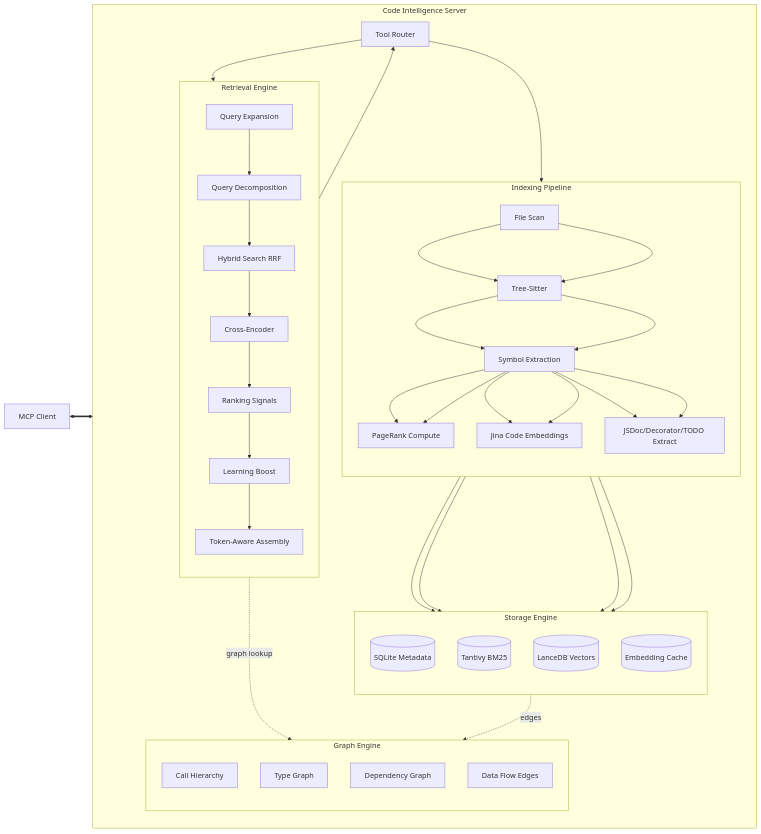
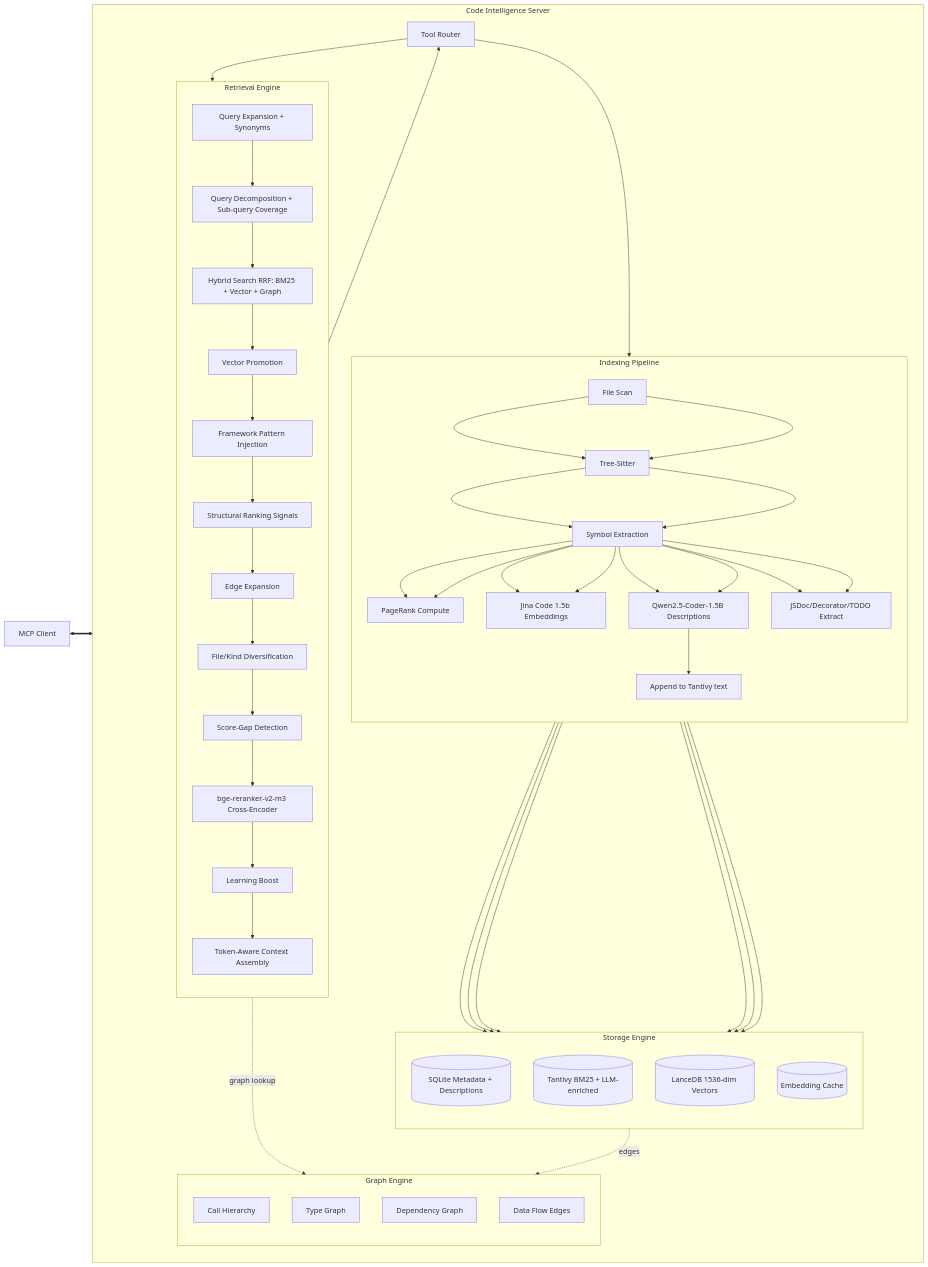
One commit to iceinvein/code_intelligence_mcp_server changed the diagram in SYSTEM_ARCHITECTURE.md. Above: the diagram before and after it, drawn with Mermaid. The commit also changed other lines of this file and 4 other files, not shown here.

```diff
--- a/SYSTEM_ARCHITECTURE.md
+++ b/SYSTEM_ARCHITECTURE.md
@@ -21,27 +23,34 @@
       Scan[File Scan] --> Parse[Tree-Sitter]
       Parse --> Extract[Symbol Extraction]
       Extract --> PageRank[PageRank Compute]
-      Extract --> Embed[Jina Code Embeddings]
+      Extract --> Embed[Jina Code 1.5b Embeddings]
+      Extract --> Describe[Qwen2.5-Coder-1.5B Descriptions]
       Extract --> Meta[JSDoc/Decorator/TODO Extract]
+      Describe --> EnrichBM25[Append to Tantivy text]
     end
 
     subgraph Storage [Storage Engine]
       direction TB
-      SQLite[(SQLite Metadata)]
-      Tantivy[(Tantivy BM25)]
-      Lance[(LanceDB Vectors)]
+      SQLite[(SQLite Metadata + Descriptions)]
+      Tantivy[(Tantivy BM25 + LLM-enriched)]
+      Lance[(LanceDB 1536-dim Vectors)]
       Cache[(Embedding Cache)]
     end
 
     subgraph Retrieval [Retrieval Engine]
       direction TB
-      QueryExpand[Query Expansion]
-      Decompose[Query Decomposition]
-      Hybrid[Hybrid Search RRF]
-      Rerank[Cross-Encoder]
-      Signals[Ranking Signals]
+      QueryExpand[Query Expansion + Synonyms]
+      Decompose[Query Decomposition + Sub-query Coverage]
+      Hybrid[Hybrid Search RRF: BM25 + Vector + Graph]
+      Promote[Vector Promotion]
+      Framework[Framework Pattern Injection]
+      Signals[Structural Ranking Signals]
+      EdgeExpand[Edge Expansion]
+      Diversify[File/Kind Diversification]
+      ScoreGap[Score-Gap Detection]
+      Rerank[bge-reranker-v2-m3 Cross-Encoder]
       Learn[Learning Boost]
-      Context[Token-Aware Assembly]
+      Context[Token-Aware Context Assembly]
     end
 
     subgraph Graph [Graph Engine]
@@ -58,19 +67,27 @@
     Parse --> Extract
     Extract --> PageRank
     Extract --> Embed
+    Extract --> Describe
     Extract --> Meta
     PageRank --> SQLite
     Embed --> Lance
     Embed --> Cache
+    Describe --> SQLite
+    EnrichBM25 --> Tantivy
     Meta --> SQLite
 
     %% Query Flow
     Tools --> QueryExpand
     QueryExpand --> Decompose
     Decompose --> Hybrid
-    Hybrid --> Rerank
-    Rerank --> Signals
-    Signals --> Learn
+    Hybrid --> Promote
+    Promote --> Framework
+    Framework --> Signals
+    Signals --> EdgeExpand
+    EdgeExpand --> Diversify
+    Diversify --> ScoreGap
+    ScoreGap --> Rerank
+    Rerank --> Learn
     Learn --> Context
     Context --> Tools
 
```
